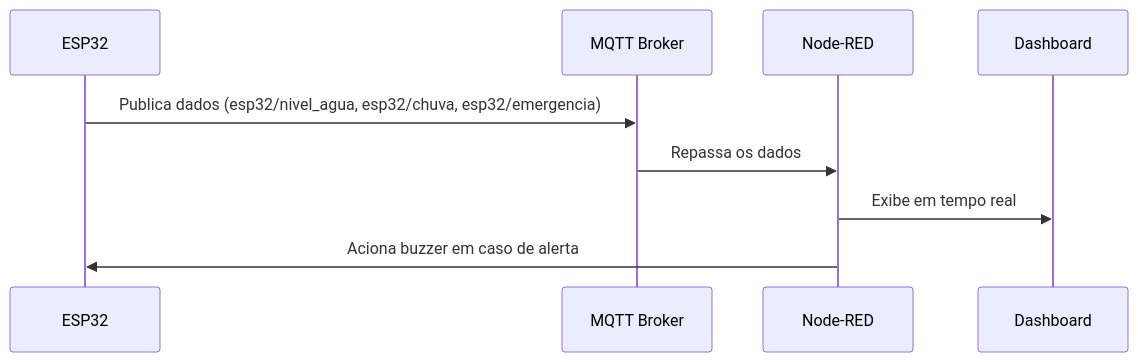
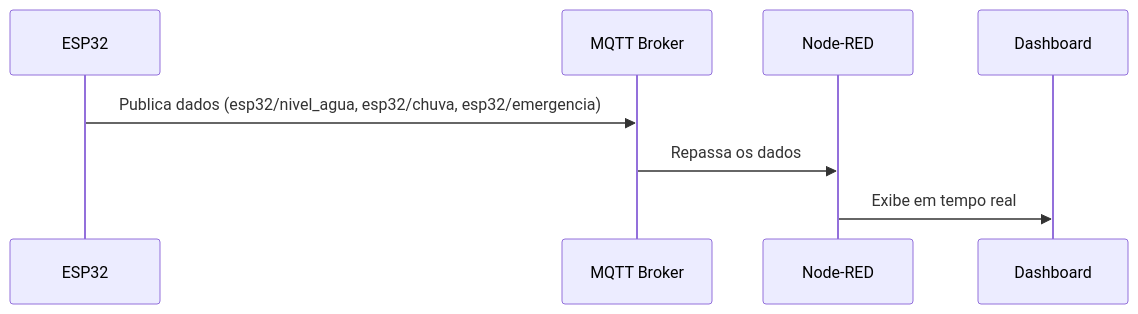
One commit to GThomaz03/global-IoT changed the diagram in README.md. Above: the diagram before and after it, drawn with Mermaid.

````diff
--- a/README.md
+++ b/README.md
@@ -69,11 +69,10 @@
 ```mermaid
 sequenceDiagram
     participant ESP32
     participant MQTT Broker
     participant Node-RED
 
     ESP32->>MQTT Broker: Publica dados (esp32/nivel_agua, esp32/chuva, esp32/emergencia)
     MQTT Broker->>Node-RED: Repassa os dados
     Node-RED->>Dashboard: Exibe em tempo real
-    Node-RED->>ESP32: Aciona buzzer em caso de alerta
 ```
````
